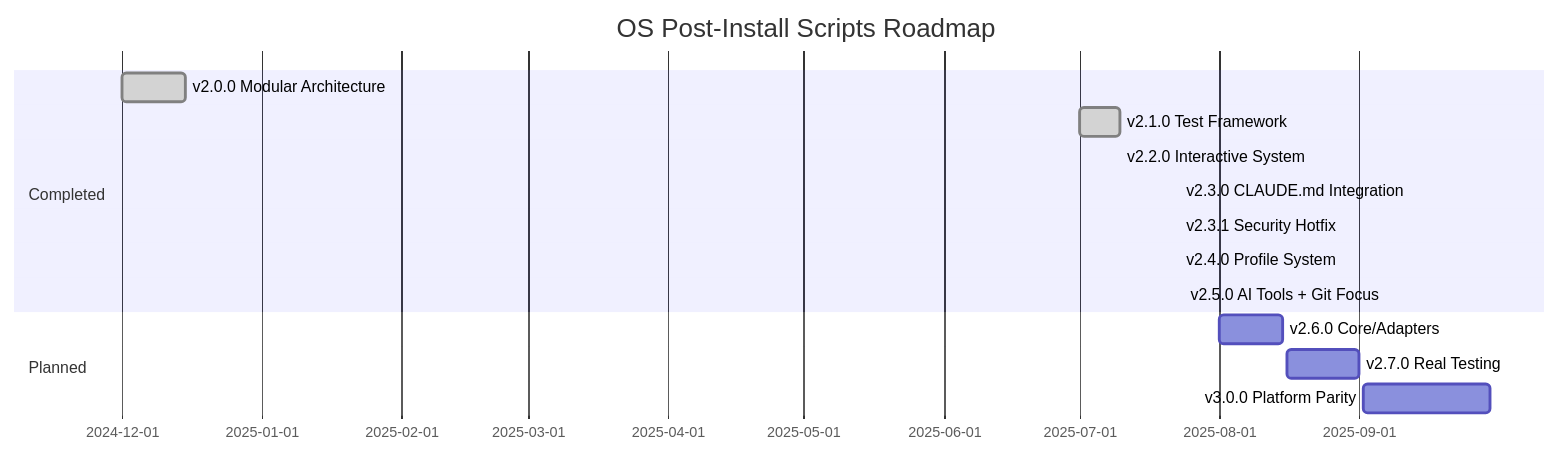
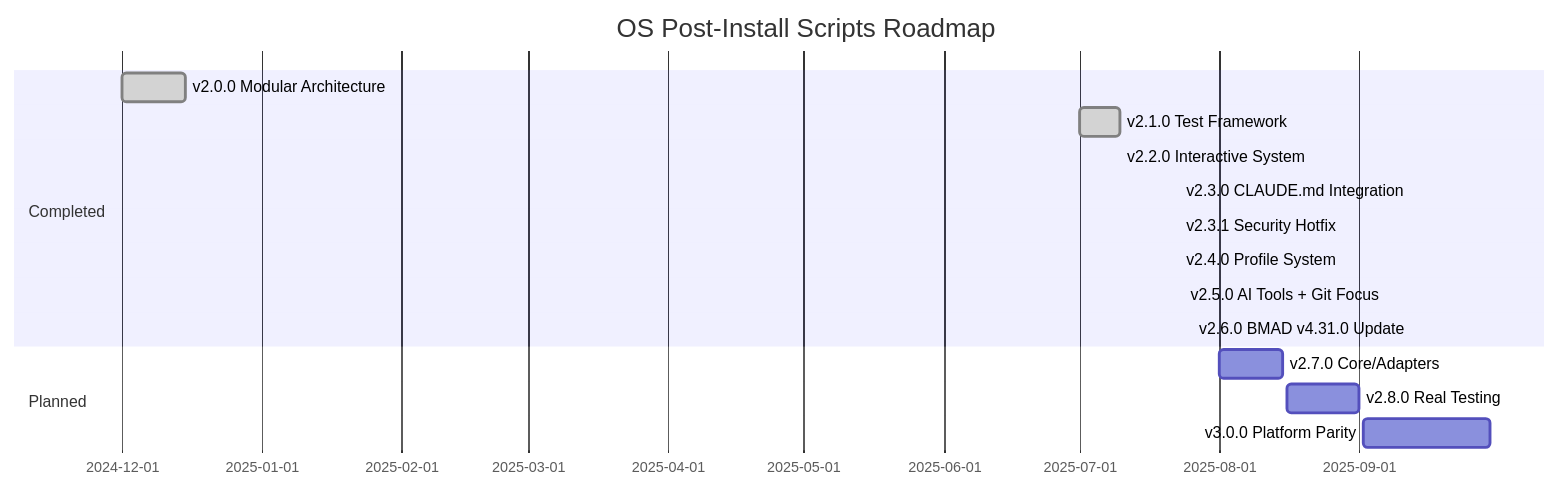
Before and after one commit to BragatteMAS/os-postinstall-scripts: the diagram in ROADMAP.md, drawn with Mermaid. The commit also changed other lines of this file and 125 other files, not shown here.

````diff
--- a/ROADMAP.md
+++ b/ROADMAP.md
@@ -11,17 +11,18 @@
 ```mermaid
 gantt
     title OS Post-Install Scripts Roadmap
     dateFormat YYYY-MM-DD
     section Completed
         v2.0.0 Modular Architecture    :done, 2024-12-01, 2024-12-15
         v2.1.0 Test Framework          :done, 2025-07-01, 2025-07-10
         v2.2.0 Interactive System      :done, 2025-07-10, 2025-07-10
         v2.3.0 CLAUDE.md Integration   :done, 2025-07-23, 2025-07-23
         v2.3.1 Security Hotfix         :done, 2025-07-23, 2025-07-23
         v2.4.0 Profile System          :done, 2025-07-23, 2025-07-23
         v2.5.0 AI Tools + Git Focus    :done, 2025-07-24, 2025-07-24
+        v2.6.0 BMAD v4.31.0 Update     :done, 2025-07-26, 2025-07-26
     section Planned
-        v2.6.0 Core/Adapters          :2025-08-01, 2025-08-15
-        v2.7.0 Real Testing           :2025-08-16, 2025-09-01
+        v2.7.0 Core/Adapters          :2025-08-01, 2025-08-15
+        v2.8.0 Real Testing           :2025-08-16, 2025-09-01
         v3.0.0 Platform Parity        :2025-09-02, 2025-09-30
 ```
````
